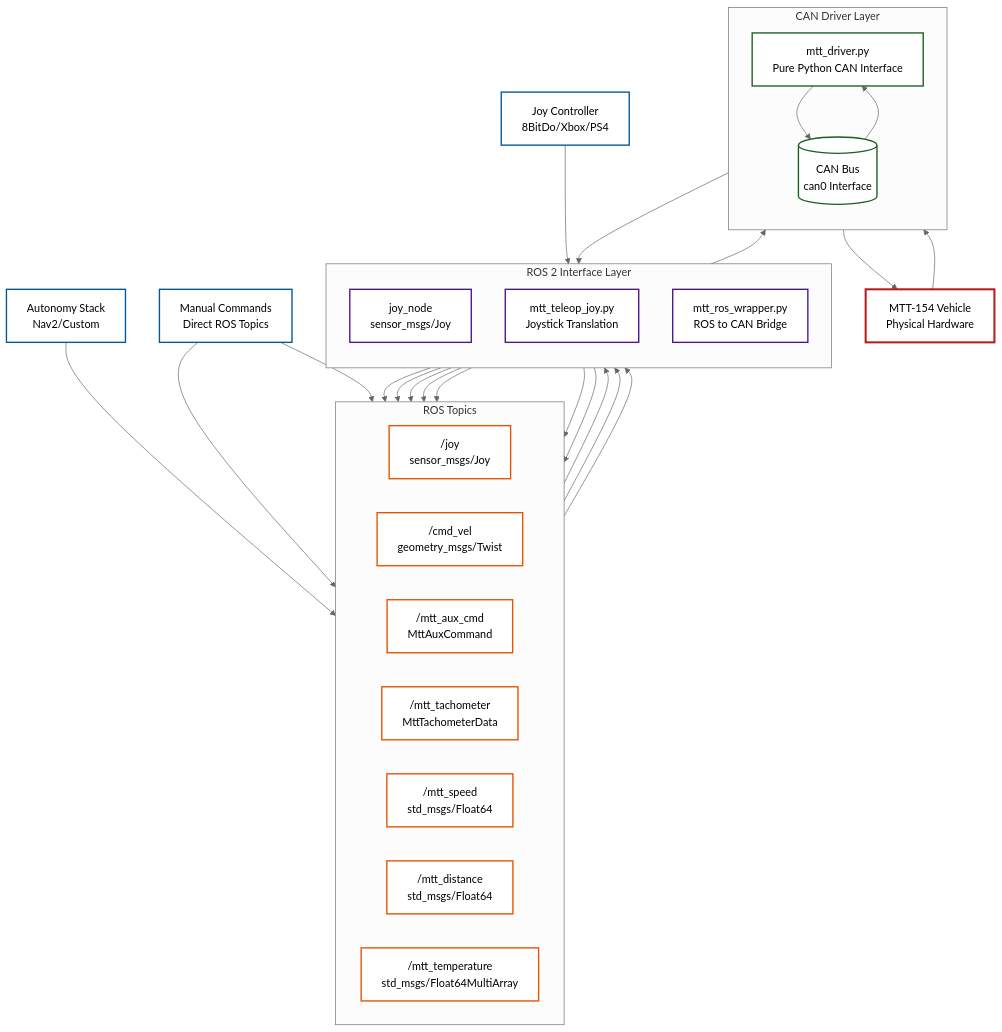
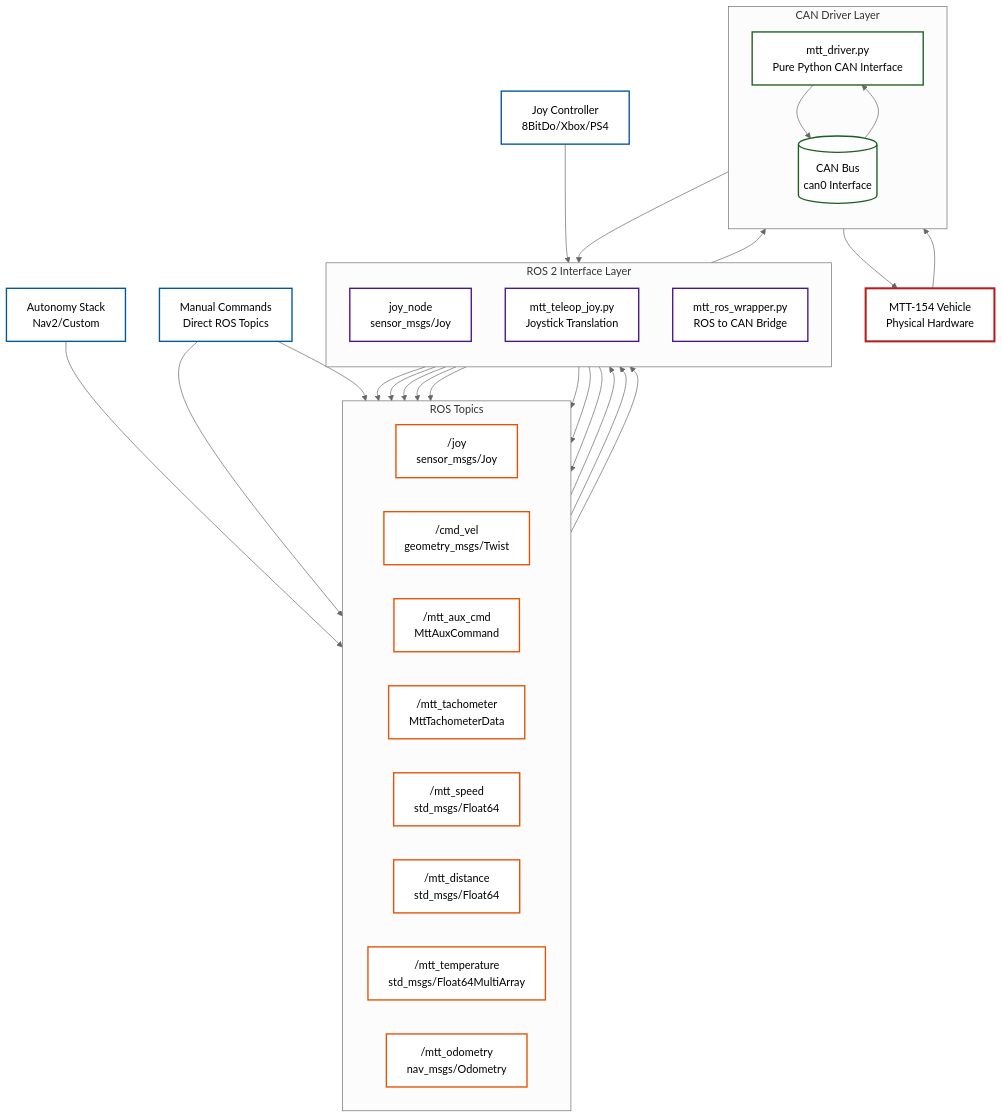
One commit to norlab-ulaval/mtt_workspace changed the diagram in documentations/CURRENT_ARCHITECTURE.md. Above: the diagram before and after it, drawn with Mermaid (neutral theme). The commit also changed other lines of this file, not shown here.

Commit message:
docs: complete architecture documentation with /mtt_odometry topic integration

````diff
--- a/documentations/CURRENT_ARCHITECTURE.md
+++ b/documentations/CURRENT_ARCHITECTURE.md
@@ -23,6 +23,7 @@
         SpeedTopic["/mtt_speed<br/>std_msgs/Float64"]
         DistTopic["/mtt_distance<br/>std_msgs/Float64"]
         TempTopic["/mtt_temperature<br/>std_msgs/Float64MultiArray"]
+        OdomTopic["/mtt_odometry<br/>nav_msgs/Odometry"]
     end
 
     %% CAN Driver Layer
@@ -41,29 +42,32 @@
     Manual --> CmdVelTopic
     Manual --> AuxTopic
 
-    %% ROS node connections
+    %% ROS node connections (Control)
     JoyNode --> JoyTopic
     JoyTopic --> TeleopNode
     TeleopNode --> CmdVelTopic
     TeleopNode --> AuxTopic
     
-    %% Two parallel paths to vehicle
+    %% Path to vehicle (Control)
     CmdVelTopic --> WrapperNode
     AuxTopic --> WrapperNode
     WrapperNode --> CanDriver
     
-    %% CAN to vehicle
+    %% CAN to vehicle (Control)
     CanDriver --> CanBus
     CanBus --> MTT154
     
-    %% Telemetry feedback
+    %% Telemetry feedback from vehicle
     MTT154 --> CanBus
     CanBus --> CanDriver
     CanDriver --> WrapperNode
+
+    %% ROS node connections (Telemetry)
     WrapperNode --> TachTopic
     WrapperNode --> SpeedTopic
     WrapperNode --> DistTopic
     WrapperNode --> TempTopic
+    WrapperNode --> OdomTopic
 
     %% Styling
     classDef inputClass fill:#ffffff,stroke:#01579b,stroke-width:2px,color:#000000
@@ -74,7 +78,7 @@
 
     class Joy,Auto,Manual inputClass
     class JoyNode,TeleopNode,WrapperNode rosClass
-    class JoyTopic,CmdVelTopic,AuxTopic,TachTopic,SpeedTopic,DistTopic,TempTopic topicClass
+    class JoyTopic,CmdVelTopic,AuxTopic,TachTopic,SpeedTopic,DistTopic,TempTopic,OdomTopic topicClass
     class CanDriver,CanBus canClass
     class MTT154 vehicleClass
 ```
````
